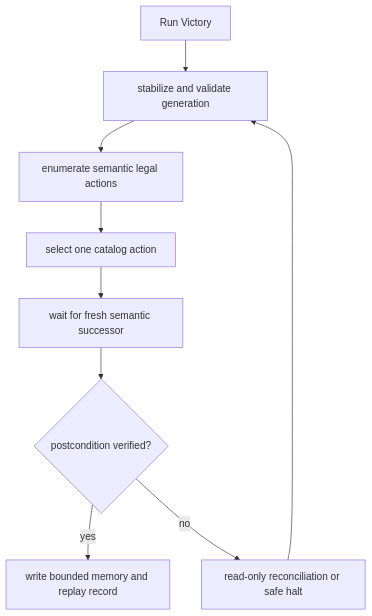
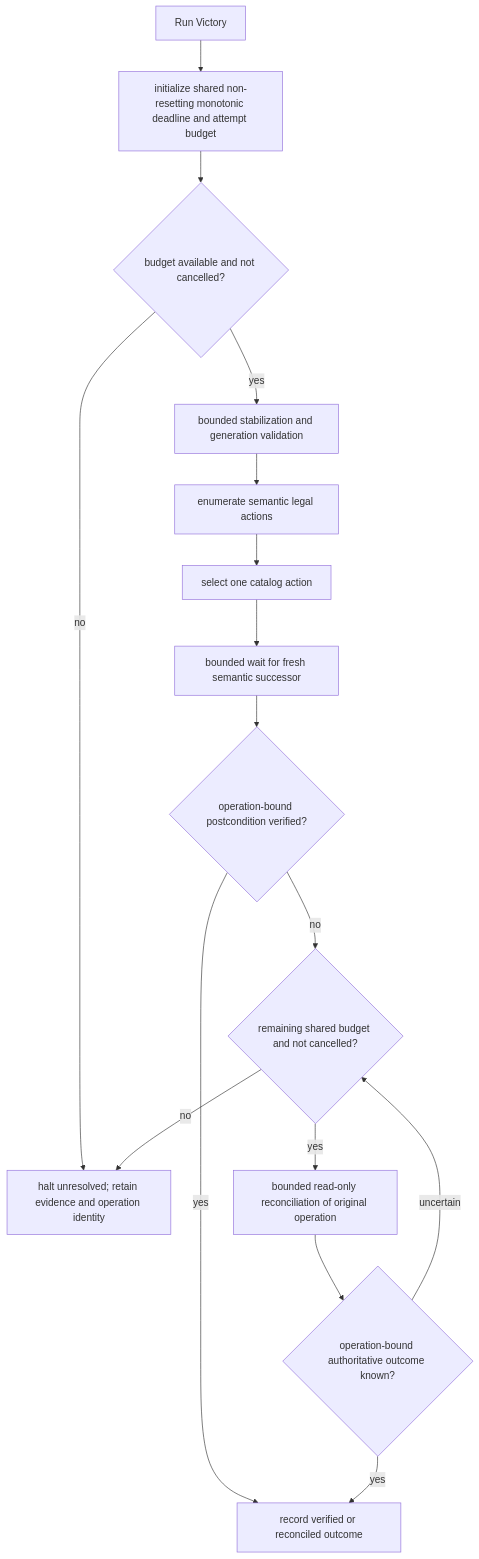
One commit to AI-Ascension/sts2-harness changed the diagram in docs/research/sts2-expert-state-package/diagrams/states/run_victory.mmd. Above: the diagram before and after it, drawn with Mermaid. The commit also changed 135 other files, not shown here.

Commit message:
fix(research): bound generated recovery and halt unresolved outcomes

```diff
--- a/docs/research/sts2-expert-state-package/diagrams/states/run_victory.mmd
+++ b/docs/research/sts2-expert-state-package/diagrams/states/run_victory.mmd
@@ -1,11 +1,19 @@
 %% Generated by sts2-expert-state-package-generator/1; requirements baseline only.
 flowchart TD
-    E["Run Victory"] --> B["stabilize and validate generation"]
+    E["Run Victory"] --> I["initialize shared non-resetting monotonic deadline and attempt budget"]
+    I --> Q{"budget available and not cancelled?"}
+    Q -->|no| H["halt unresolved; retain evidence and operation identity"]
+    Q -->|yes| B["bounded stabilization and generation validation"]
     B --> L["enumerate semantic legal actions"]
     L --> X["select one catalog action"]
-    X --> W["wait for fresh semantic successor"]
-    W --> V{"postcondition verified?"}
-    V -->|yes| M["write bounded memory and replay record"]
-    V -->|no| R["read-only reconciliation or safe halt"]
-    R --> B
+    X --> W["bounded wait for fresh semantic successor"]
+    W --> V{"operation-bound postcondition verified?"}
+    V -->|yes| M["record verified or reconciled outcome"]
+    V -->|no| C{"remaining shared budget and not cancelled?"}
+    C -->|no| H
+    C -->|yes| R["bounded read-only reconciliation of original operation"]
+    R --> K{"operation-bound authoritative outcome known?"}
+    K -->|yes| M
+    K -->|uncertain| C
+    %% No recovery edge returns to action selection; halt has no outgoing edge.
     %% Stable node key: run_victory
```
